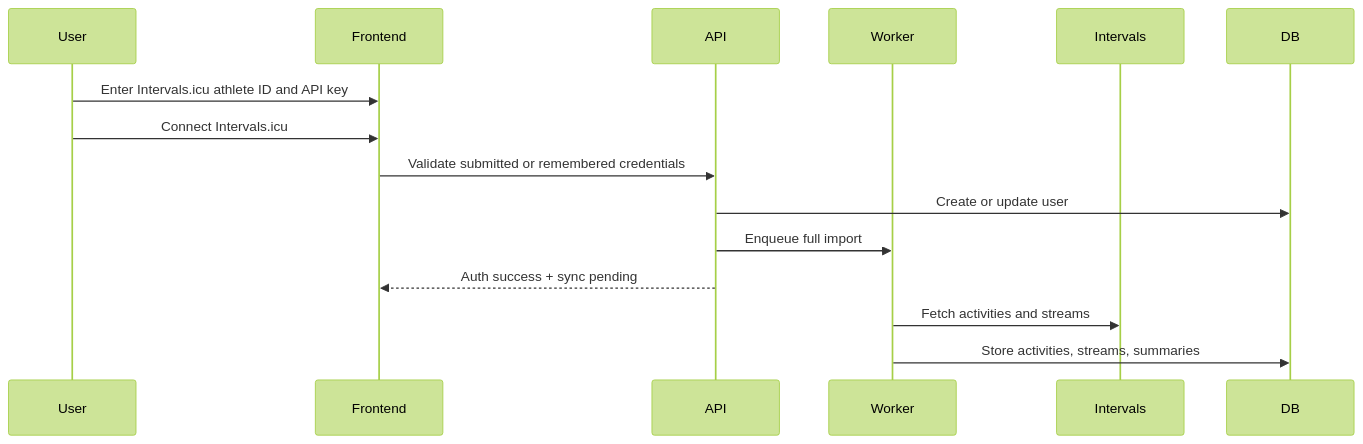
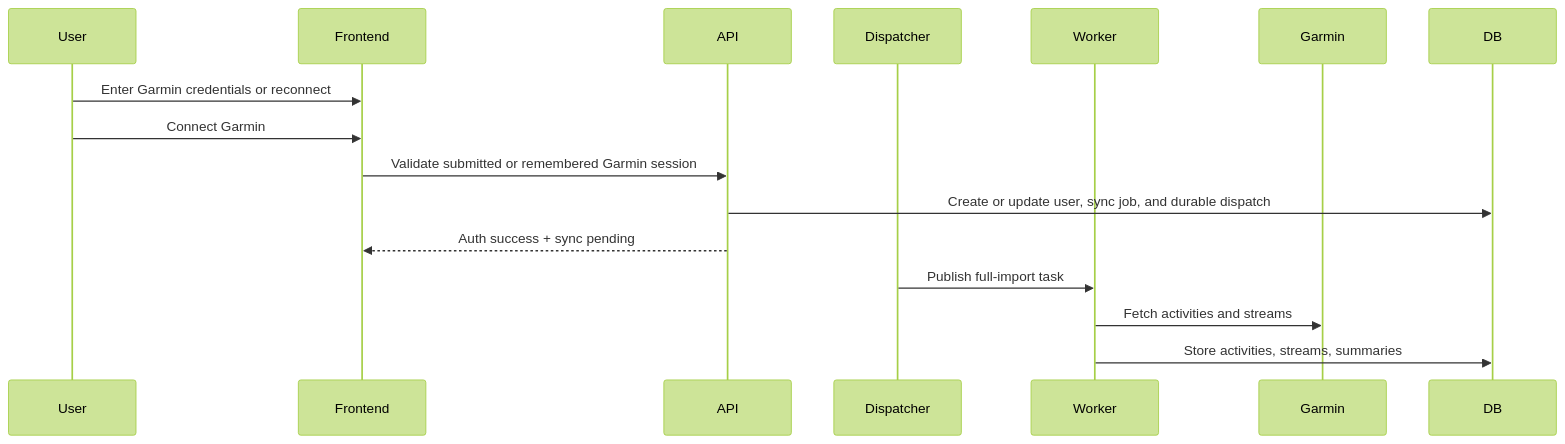
One commit to jirijanecek77/strava-insights changed the second of 2 diagrams in docs/specification.md. Above: the diagram before and after it, drawn with Mermaid (forest theme). The commit also changed other lines of this file and 39 other files, not shown here.

Commit message:
improve sync reliability: add durable outbox and dispatcher, healthchecks, Garmin migration adjustments

````diff
--- a/docs/specification.md
+++ b/docs/specification.md
@@ -503,18 +524,19 @@
 ```mermaid
 sequenceDiagram
     participant User
     participant Frontend
     participant API
+    participant Dispatcher
     participant Worker
-    participant Intervals
+    participant Garmin
     participant DB
 
-    User->>Frontend: Enter Intervals.icu athlete ID and API key
-    User->>Frontend: Connect Intervals.icu
-    Frontend->>API: Validate submitted or remembered credentials
-    API->>DB: Create or update user
-    API->>Worker: Enqueue full import
+    User->>Frontend: Enter Garmin credentials or reconnect
+    User->>Frontend: Connect Garmin
+    Frontend->>API: Validate submitted or remembered Garmin session
+    API->>DB: Create or update user, sync job, and durable dispatch
     API-->>Frontend: Auth success + sync pending
-    Worker->>Intervals: Fetch activities and streams
+    Dispatcher->>Worker: Publish full-import task
+    Worker->>Garmin: Fetch activities and streams
     Worker->>DB: Store activities, streams, summaries
 ```
````
